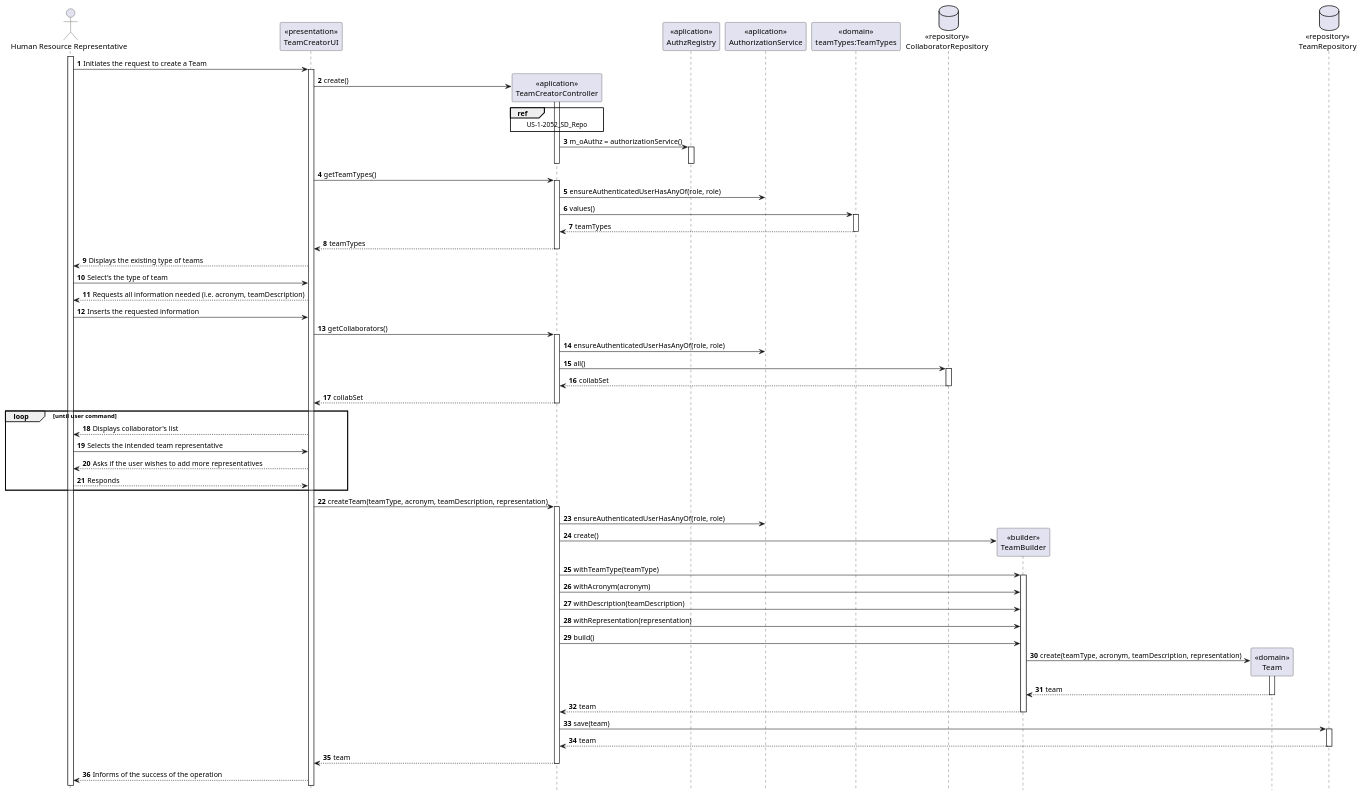
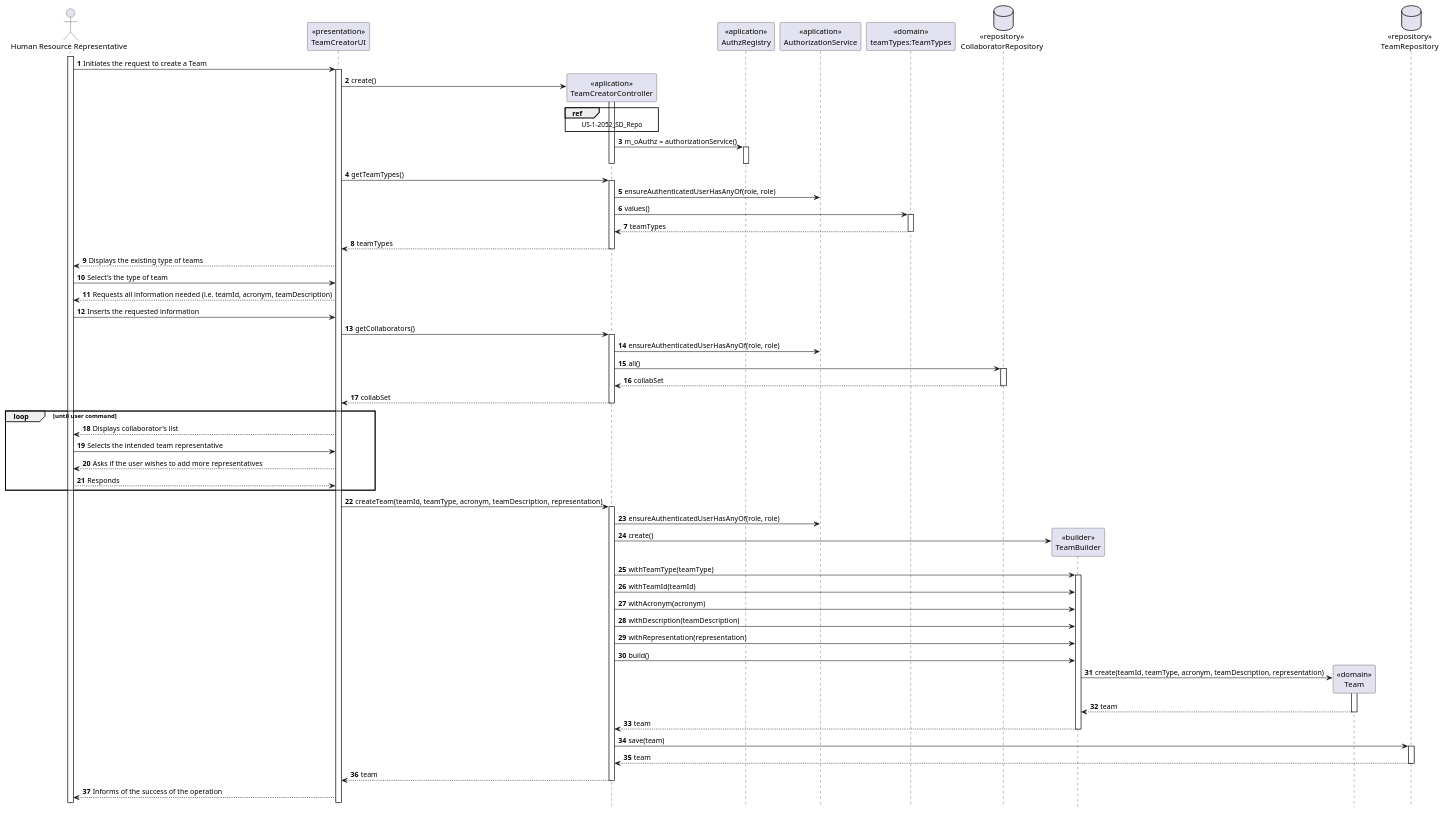
One commit to tiagoavcosta25/LAPR4 changed the diagram in doc/engenharia/SprintB/1191460/US-1-2052_CreateTeam/US-1-2052_SD.puml. Above: the diagram before and after it, drawn with PlantUML. The commit also changed 5 other files, not shown here.

```diff
--- a/doc/engenharia/SprintB/1191460/US-1-2052_CreateTeam/US-1-2052_SD.puml
+++ b/doc/engenharia/SprintB/1191460/US-1-2052_CreateTeam/US-1-2052_SD.puml
@@ -1,118 +1,119 @@
 @startuml
 autonumber
 hide footbox
 
 actor "Human Resource Representative" as HRR
 
 participant "<<presentation>>\nTeamCreatorUI" as UI
 participant "<<aplication>>\nTeamCreatorController" as CTRL
 participant "<<aplication>>\nAuthzRegistry" as AUTHR
 participant "<<aplication>>\nAuthorizationService" as AUTH
 participant "<<domain>>\nteamTypes:TeamTypes" as TT
 database "<<repository>>\nCollaboratorRepository" as CR
 participant "<<builder>>\nTeamBuilder" as TB
 participant "<<domain>>\nTeam" as TEAM
 database "<<repository>>\nTeamRepository" as TR
 
 activate HRR
 HRR -> UI : Initiates the request to create a Team
 
 activate UI
 UI -> CTRL** : create()
 
 activate CTRL
 ref over CTRL
 US-1-2052_SD_Repo
 end ref
 
 CTRL -> AUTHR : m_oAuthz = authorizationService()
 activate AUTHR
 deactivate CTRL
 deactivate AUTHR
 
 UI -> CTRL : getTeamTypes()
 
 activate CTRL
 CTRL -> AUTH : ensureAuthenticatedUserHasAnyOf(role, role)
 CTRL -> TT : values()
 
 activate TT
 TT --> CTRL : teamTypes
 deactivate TT
 
 CTRL --> UI : teamTypes
 deactivate CTRL
 
 UI --> HRR : Displays the existing type of teams
 
 HRR -> UI : Select's the type of team
 
-UI --> HRR : Requests all information needed (i.e. acronym, teamDescription)
+UI --> HRR : Requests all information needed (i.e. teamId, acronym, teamDescription)
 
 HRR -> UI : Inserts the requested information
 
 UI -> CTRL : getCollaborators()
 
 activate CTRL
 CTRL -> AUTH : ensureAuthenticatedUserHasAnyOf(role, role)
 CTRL -> CR : all()
 
 activate CR
 CR --> CTRL : collabSet
 
 deactivate CR
 CTRL --> UI : collabSet
 deactivate CTRL
 
 
 loop until user command
 UI --> HRR : Displays collaborator's list
 
 HRR -> UI : Selects the intended team representative
 
 UI --> HRR : Asks if the user wishes to add more representatives
 
 HRR --> UI : Responds
 end
 
-UI -> CTRL : createTeam(teamType, acronym, teamDescription, representation)
+UI -> CTRL : createTeam(teamId, teamType, acronym, teamDescription, representation)
 
 activate CTRL
 CTRL -> AUTH : ensureAuthenticatedUserHasAnyOf(role, role)
 CTRL -> TB** : create()
 CTRL -> TB : withTeamType(teamType)
 
 activate TB
 
+CTRL -> TB : withTeamId(teamId)
 CTRL -> TB : withAcronym(acronym)
 CTRL -> TB : withDescription(teamDescription)
 CTRL -> TB : withRepresentation(representation)
 CTRL -> TB : build()
 
-TB -> TEAM** : create(teamType, acronym, teamDescription, representation)
+TB -> TEAM** : create(teamId, teamType, acronym, teamDescription, representation)
 
 activate TEAM
 TEAM --> TB : team
 deactivate TEAM
 
 TB --> CTRL : team
 deactivate TB
 
 CTRL -> TR : save(team)
 
 activate TR
 TR --> CTRL : team
 deactivate TR
 
 CTRL --> UI : team
 deactivate CTRL
 
 UI --> HRR : Informs of the success of the operation
 
 
 
 
 
 
 
 @enduml
```
